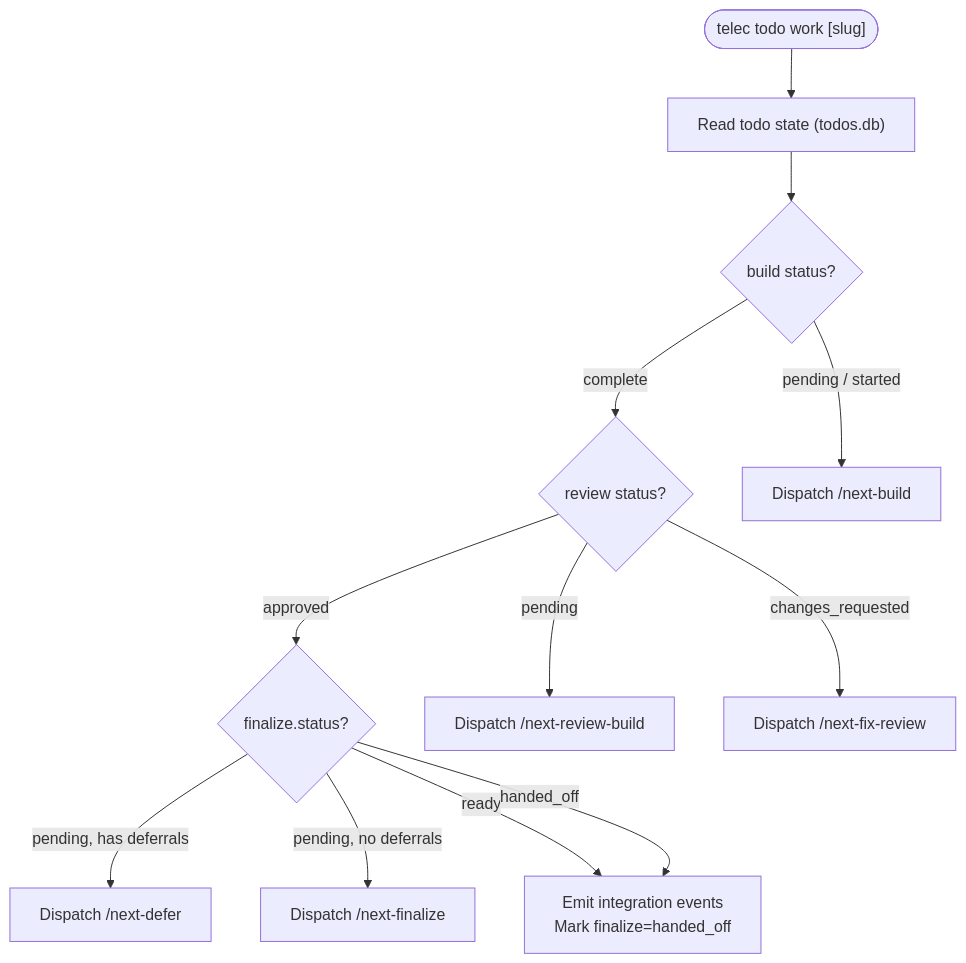
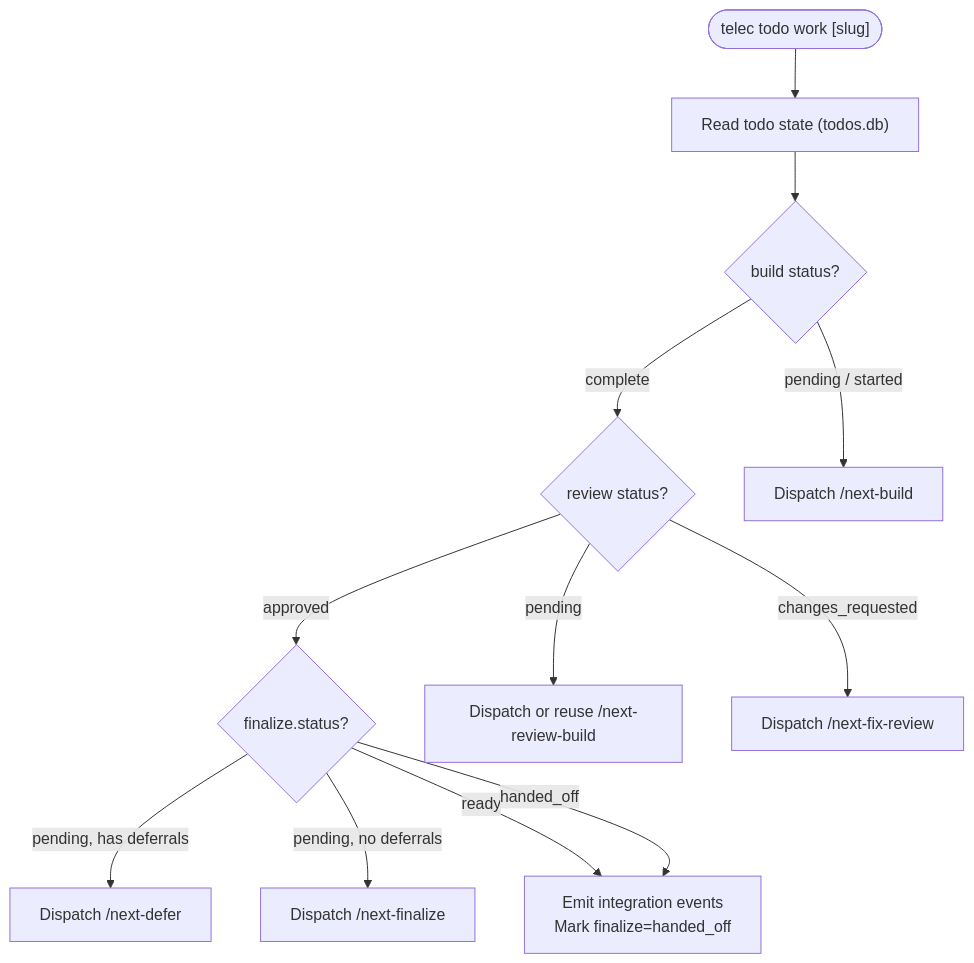
One commit to InstruktAI/TeleClaude changed the second of 5 diagrams in docs/project/design/architecture/work-state-machine.md. Above: the diagram before and after it, drawn with Mermaid. The commit also changed other lines of this file and 15 other files, not shown here.

Commit message:
fix(next-machine): reuse live reviewer runtime across rounds

````diff
--- a/docs/project/design/architecture/work-state-machine.md
+++ b/docs/project/design/architecture/work-state-machine.md
@@ -136,31 +140,31 @@
 ```mermaid
 flowchart TD
     Start(["telec todo work [slug]"])
     ReadState["Read todo state (todos.db)"]
 
     BuildCheck{"build status?"}
     ReviewCheck{"review status?"}
     FinalizeCheck{"finalize.status?"}
 
     DispatchBuild["Dispatch /next-build"]
-    DispatchReview["Dispatch /next-review-build"]
+    DispatchReview["Dispatch or reuse /next-review-build"]
     DispatchFix["Dispatch /next-fix-review"]
     DispatchDefer["Dispatch /next-defer"]
     DispatchFinalize["Dispatch /next-finalize"]
     Handoff["Emit integration events<br/>Mark finalize=handed_off"]
 
     Start --> ReadState
     ReadState --> BuildCheck
 
     BuildCheck -->|"pending / started"| DispatchBuild
     BuildCheck -->|"complete"| ReviewCheck
 
     ReviewCheck -->|"pending"| DispatchReview
     ReviewCheck -->|"changes_requested"| DispatchFix
     ReviewCheck -->|"approved"| FinalizeCheck
 
     FinalizeCheck -->|"pending, has deferrals"| DispatchDefer
     FinalizeCheck -->|"pending, no deferrals"| DispatchFinalize
     FinalizeCheck -->|"ready"| Handoff
     FinalizeCheck -->|"handed_off"| Handoff
 ```
````
